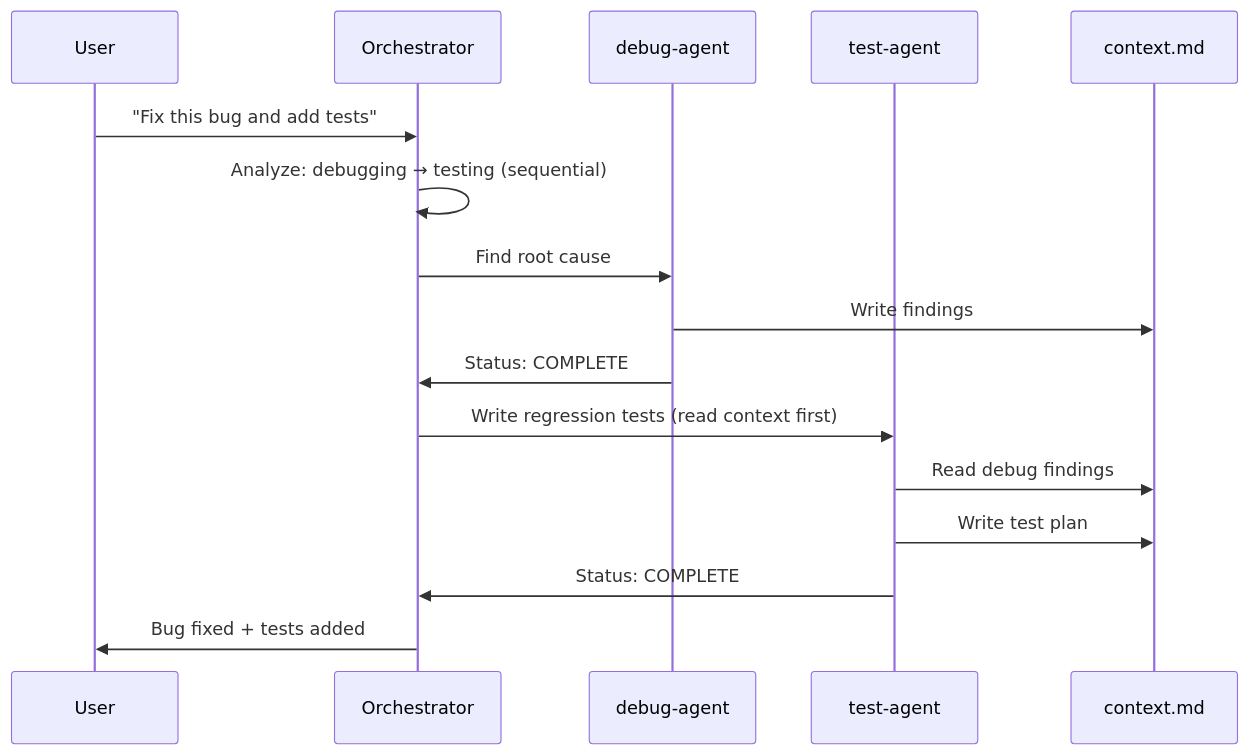
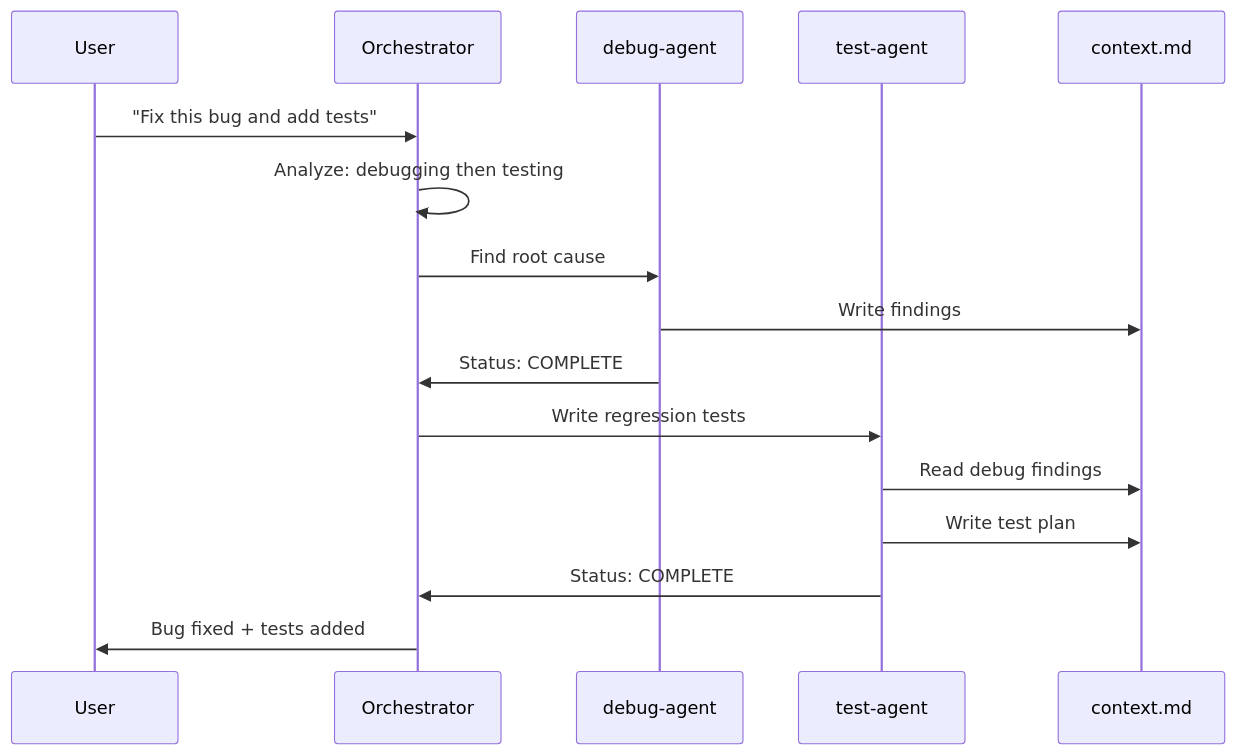
The fifth of 9 diagrams in README.md (MikahNiehaus/ClaudeMemory), drawn with Mermaid before and after one commit. The commit also changed other lines of this file and 1 other file, not shown here.

````diff
--- a/README.md
+++ b/README.md
@@ -130,19 +206,19 @@
 ```mermaid
 sequenceDiagram
     participant U as User
     participant O as Orchestrator
     participant D as debug-agent
     participant T as test-agent
     participant C as context.md
 
     U->>O: "Fix this bug and add tests"
-    O->>O: Analyze: debugging → testing (sequential)
+    O->>O: Analyze: debugging then testing
     O->>D: Find root cause
     D->>C: Write findings
     D->>O: Status: COMPLETE
-    O->>T: Write regression tests (read context first)
+    O->>T: Write regression tests
     T->>C: Read debug findings
     T->>C: Write test plan
     T->>O: Status: COMPLETE
     O->>U: Bug fixed + tests added
 ```
````
